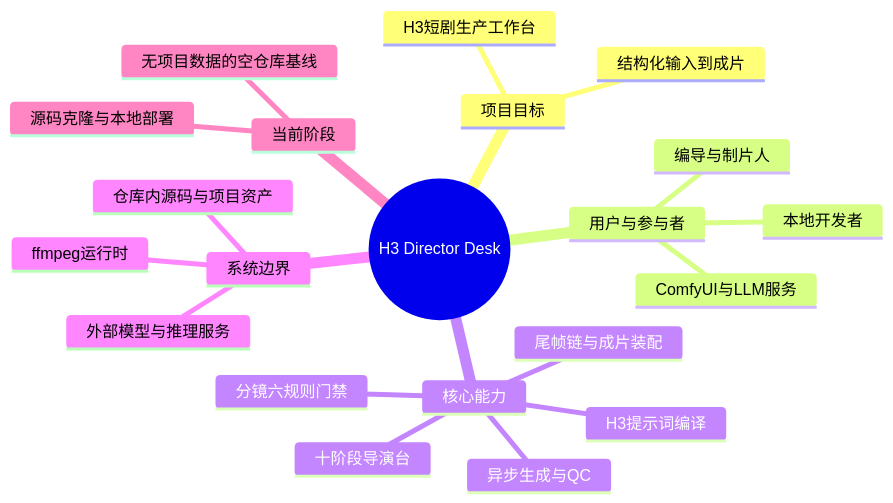
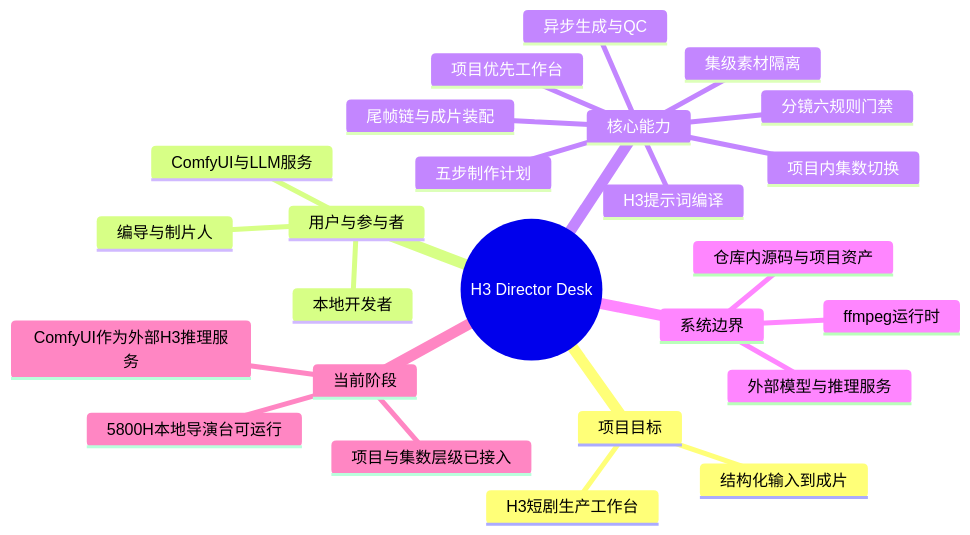
One commit to Exalex/h3-director-desk changed the diagram in docs/project-evolution/mindmaps/project-overview.md. Above: the diagram before and after it, drawn with Mermaid. The commit also changed other lines of this file and 63 other files, not shown here.

````diff
--- a/docs/project-evolution/mindmaps/project-overview.md
+++ b/docs/project-evolution/mindmaps/project-overview.md
@@ -3,24 +3,28 @@
 ```mermaid
 mindmap
   root((H3 Director Desk))
     项目目标
       H3短剧生产工作台
       结构化输入到成片
     用户与参与者
       编导与制片人
       本地开发者
       ComfyUI与LLM服务
     核心能力
-      十阶段导演台
+      项目优先工作台
+      项目内集数切换
+      集级素材隔离
+      五步制作计划
       分镜六规则门禁
       H3提示词编译
       异步生成与QC
       尾帧链与成片装配
     系统边界
       仓库内源码与项目资产
       外部模型与推理服务
       ffmpeg运行时
     当前阶段
-      源码克隆与本地部署
-      无项目数据的空仓库基线
+      5800H本地导演台可运行
+      项目与集数层级已接入
+      ComfyUI作为外部H3推理服务
 ```
````
